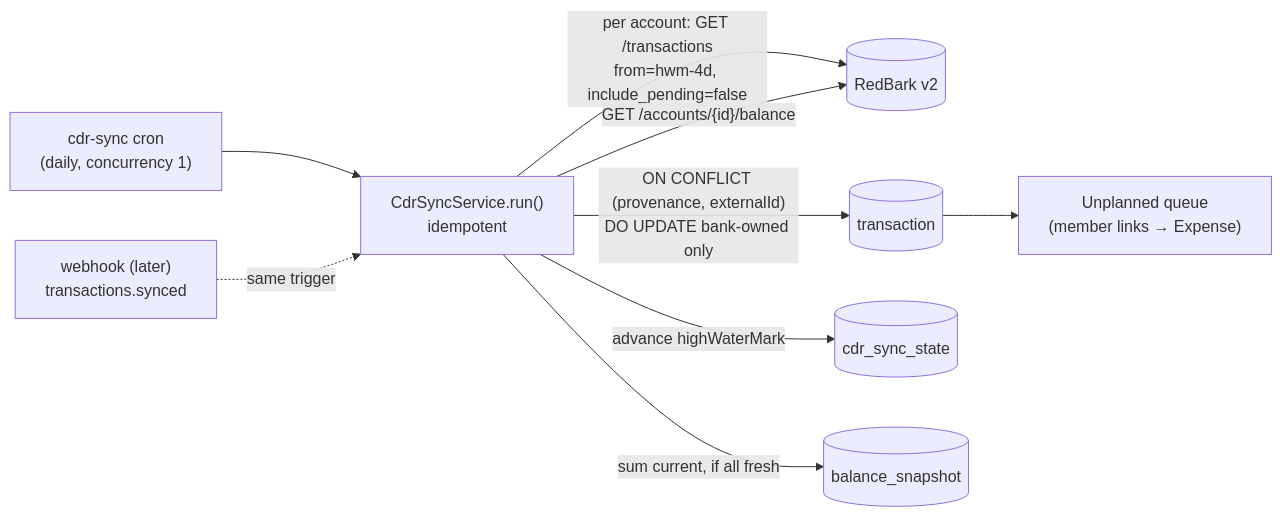
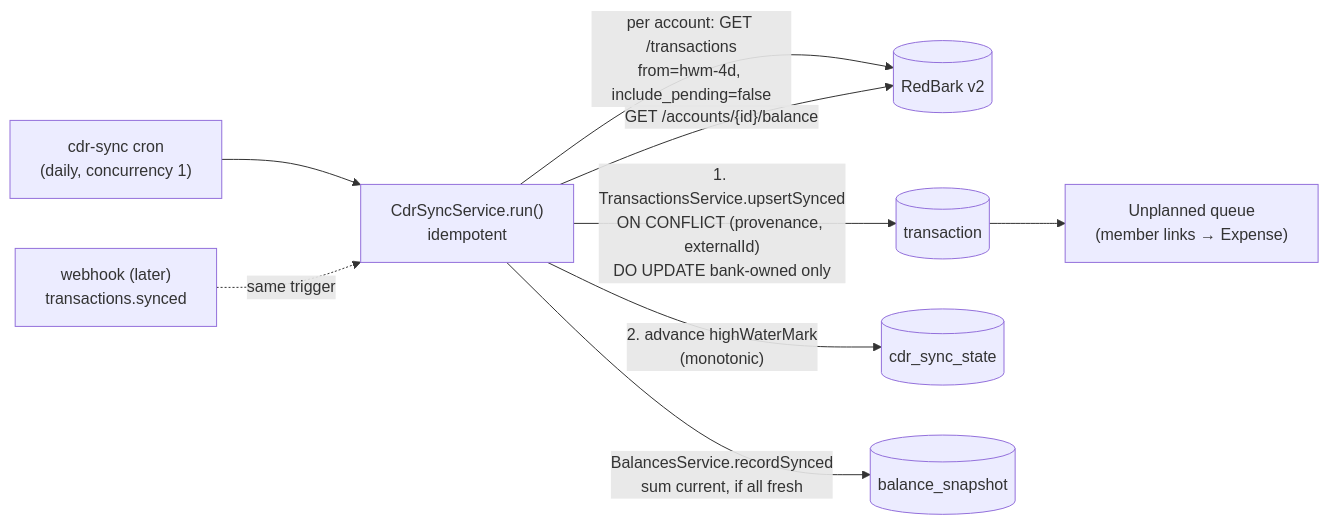
One commit to samjmarshall/personal-finance changed the diagram in docs/adr/adr017-external-transaction-sync-via-cdr-redbark.md. Above: the diagram before and after it, drawn with Mermaid. The commit also changed other lines of this file, not shown here.

````diff
--- a/docs/adr/adr017-external-transaction-sync-via-cdr-redbark.md
+++ b/docs/adr/adr017-external-transaction-sync-via-cdr-redbark.md
@@ -78,11 +99,11 @@
 ```mermaid
 flowchart LR
   cron["cdr-sync cron<br/>(daily, concurrency 1)"] --> svc["CdrSyncService.run()<br/>idempotent"]
   wh["webhook (later)<br/>transactions.synced"] -. same trigger .-> svc
   svc -->|"per account: GET /transactions<br/>from=hwm-4d, include_pending=false"| rb[("RedBark v2")]
   svc -->|"GET /accounts/{id}/balance"| rb
-  svc -->|"ON CONFLICT (provenance, externalId)<br/>DO UPDATE bank-owned only"| tx[("transaction")]
-  svc -->|"advance highWaterMark"| st[("cdr_sync_state")]
-  svc -->|"sum current, if all fresh"| bal[("balance_snapshot")]
+  svc -->|"1. TransactionsService.upsertSynced<br/>ON CONFLICT (provenance, externalId)<br/>DO UPDATE bank-owned only"| tx[("transaction")]
+  svc -->|"2. advance highWaterMark<br/>(monotonic)"| st[("cdr_sync_state")]
+  svc -->|"BalancesService.recordSynced<br/>sum current, if all fresh"| bal[("balance_snapshot")]
   tx --> unplanned["Unplanned queue<br/>(member links → Expense)"]
 ```
````
